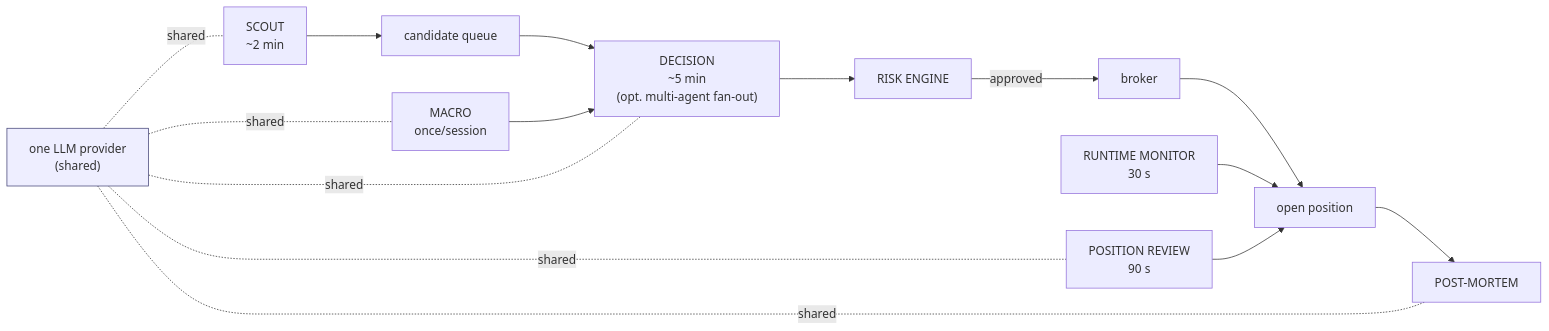
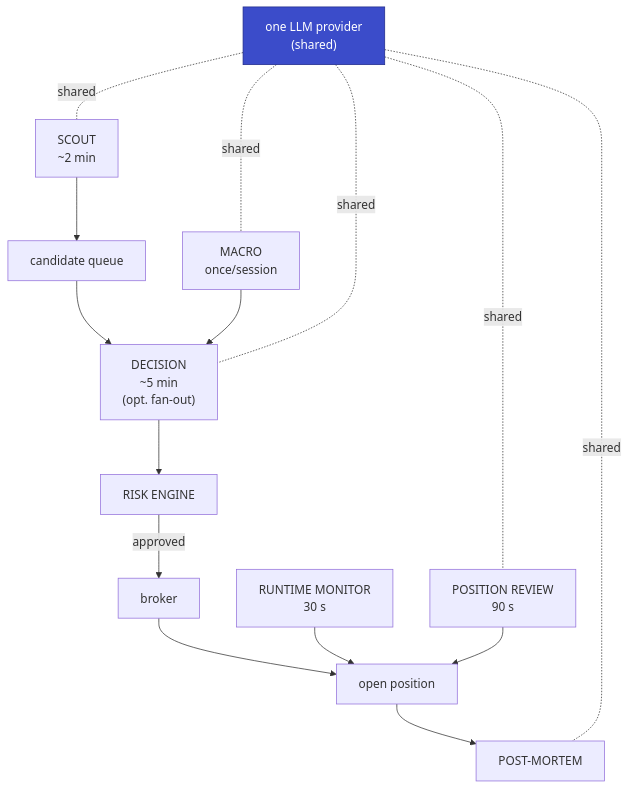
Before and after one commit to towardsautonomy/autotrader: the diagram in README.md, drawn with Mermaid. The commit also changed 2 other files, not shown here.

````diff
--- a/README.md
+++ b/README.md
@@ -90,29 +90,29 @@
 ```mermaid
-flowchart LR
+flowchart TD
     LLM["one LLM provider<br/>(shared)"]:::shared
     Scout["SCOUT<br/>~2 min"]
     Macro["MACRO<br/>once/session"]
     Q["candidate queue"]
-    Decision["DECISION<br/>~5 min<br/>(opt. multi-agent fan-out)"]
+    Decision["DECISION<br/>~5 min<br/>(opt. fan-out)"]
     Risk["RISK ENGINE"]
     Broker["broker"]
     Pos["open position"]
     Mon["RUNTIME MONITOR<br/>30 s"]
     Rev["POSITION REVIEW<br/>90 s"]
     PM["POST-MORTEM"]
 
     Scout --> Q --> Decision
     Macro --> Decision
     Decision --> Risk -- "approved" --> Broker --> Pos
     Mon --> Pos
     Rev --> Pos
     Pos --> PM
 
     LLM -. shared .- Scout
     LLM -. shared .- Macro
     LLM -. shared .- Decision
     LLM -. shared .- Rev
     LLM -. shared .- PM
 
-    classDef shared fill:#eef,stroke:#447,stroke-width:1px
+    classDef shared fill:#3b4cca,stroke:#1f2a8a,stroke-width:1px,color:#fff
 ```
````
